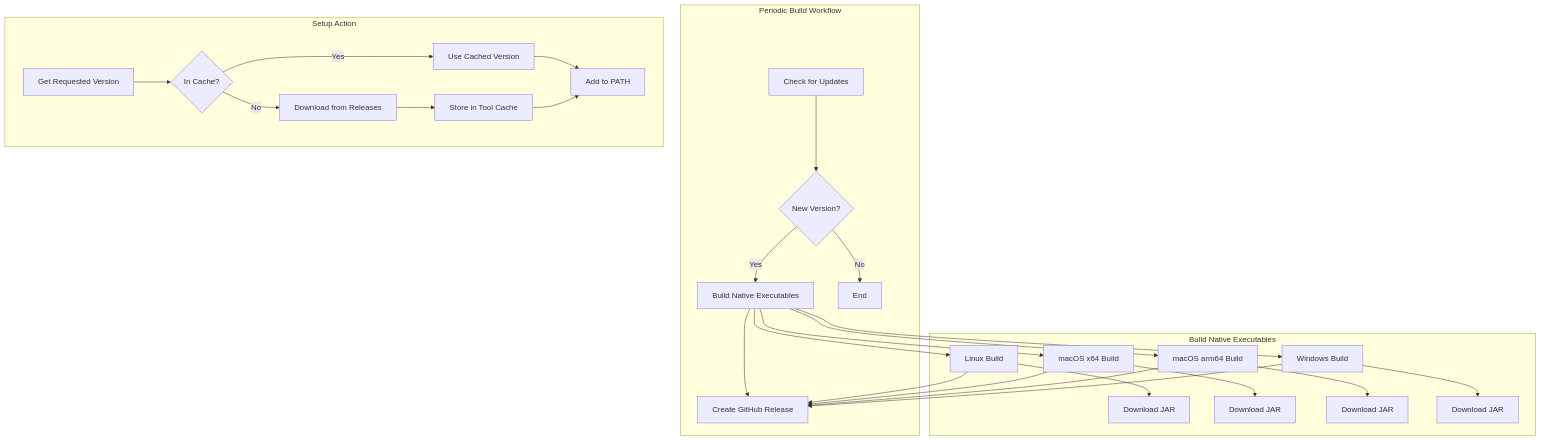
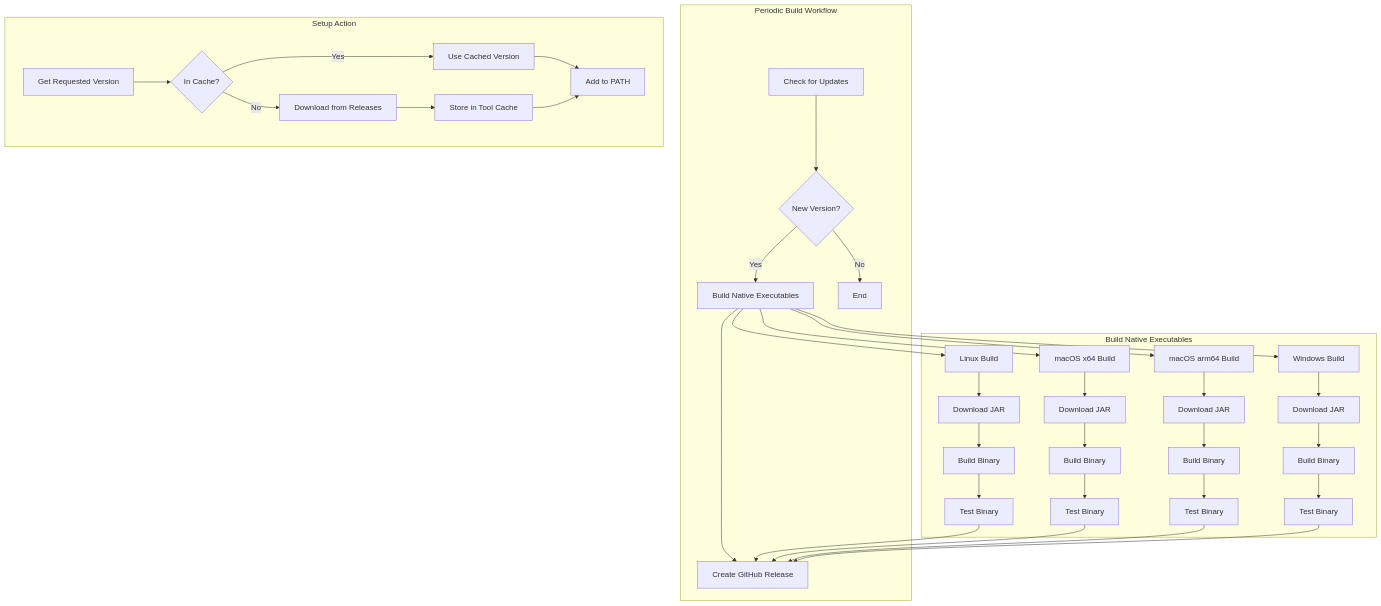
Before and after one commit to IlyaGulya/setup-crowdin-cli: the diagram in memory-bank/systemPatterns.md, drawn with Mermaid. The commit also changed other lines of this file and 6 other files, not shown here.

````diff
--- a/memory-bank/systemPatterns.md
+++ b/memory-bank/systemPatterns.md
@@ -20,34 +21,42 @@
 ```mermaid
 flowchart TD
     subgraph "Periodic Build Workflow"
         A[Check for Updates] --> B{New Version?}
         B -->|Yes| C[Build Native Executables]
         C --> E[Create GitHub Release]
         B -->|No| F[End]
     end
 
     subgraph "Build Native Executables"
         D1[Linux Build] --> D1a[Download JAR]
+        D1a --> D1b[Build Binary]
+        D1b --> D1c[Test Binary]
         D2[macOS x64 Build] --> D2a[Download JAR]
+        D2a --> D2b[Build Binary]
+        D2b --> D2c[Test Binary]
         D3[macOS arm64 Build] --> D3a[Download JAR]
+        D3a --> D3b[Build Binary]
+        D3b --> D3c[Test Binary]
         D4[Windows Build] --> D4a[Download JAR]
+        D4a --> D4b[Build Binary]
+        D4b --> D4c[Test Binary]
     end
 
     C --> D1
     C --> D2
     C --> D3
     C --> D4
-    D1 --> E
-    D2 --> E
-    D3 --> E
-    D4 --> E
+    D1c --> E
+    D2c --> E
+    D3c --> E
+    D4c --> E
 
     subgraph "Setup Action"
         G[Get Requested Version] --> H{In Cache?}
         H -->|Yes| I[Use Cached Version]
         H -->|No| J[Download from Releases]
         J --> K[Store in Tool Cache]
         I --> L[Add to PATH]
         K --> L
     end
 ```
````
